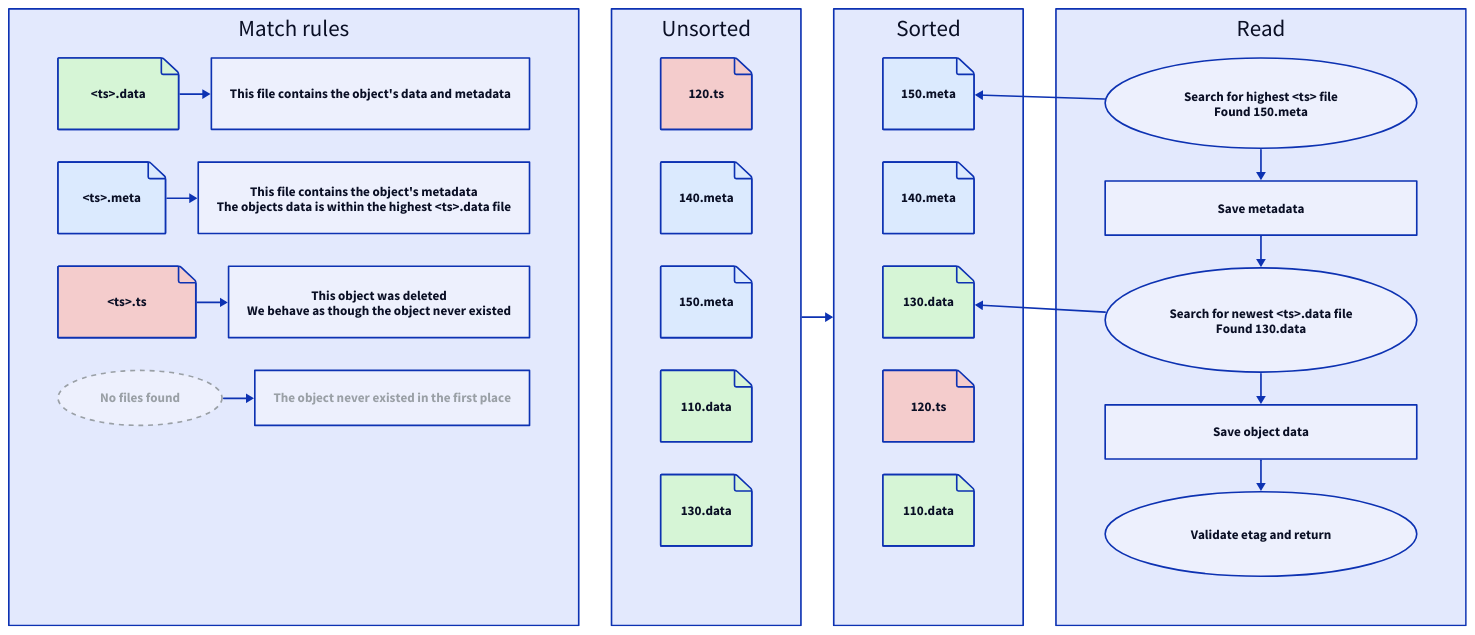
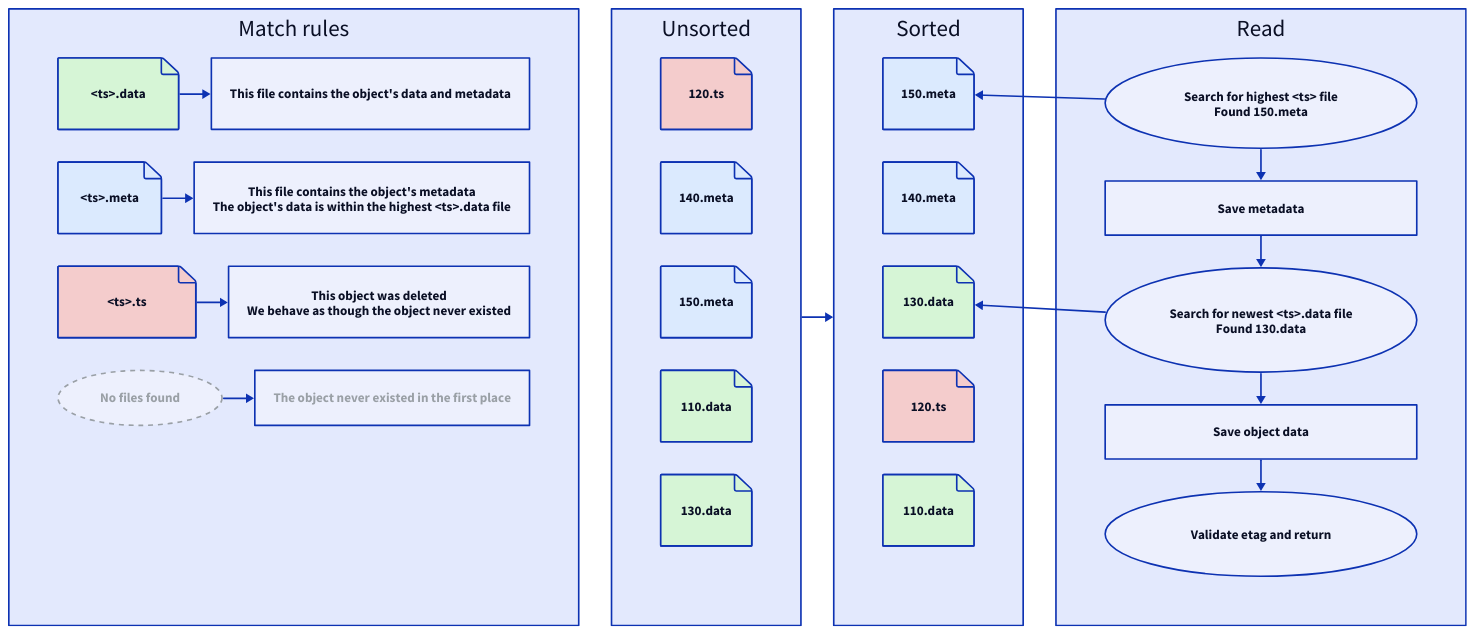
Before and after one commit to davidsaOpenu/swiftacular: the diagram in presentations/object-server/graphs/slide08.d2, drawn with D2. The commit also changed 13 other files, not shown here.

```diff
--- a/presentations/object-server/graphs/slide08.d2
+++ b/presentations/object-server/graphs/slide08.d2
@@ -1,57 +1,57 @@
 grid-rows: 1
 
 ru: "Match rules" {
   grid-rows: 4
 
   d: "<ts>.data" {shape: page; style.fill: "#d6f5d6"}
   de: "This file contains the object's data and metadata"
   d -> de
 
   m: "<ts>.meta" {shape: page; style.fill: "#dbeafe"}
-  me: "This file contains the object's metadata\nThe objects data is within the highest <ts>.data file"
+  me: "This file contains the object's metadata\nThe object's data is within the highest <ts>.data file"
   m -> me
 
   t: "<ts>.ts" {shape: page; style.fill: "#f4cccc"}
   te: "This object was deleted\nWe behave as though the object never existed"
   t -> te
 
   e: "No files found" {shape: oval; style.stroke-dash: 3; style.font-color: "#9aa0a6"; style.stroke: "#9aa0a6"}
   ee: "The object never existed in the first place" {style.font-color: "#9aa0a6"}
   e -> ee
 }
 
 u: "Unsorted" {
   grid-rows: 5
 
   b: "120.ts" {shape: page; style.fill: "#f4cccc"}
   d: "140.meta" {shape: page; style.fill: "#dbeafe"}
   e: "150.meta" {shape: page; style.fill: "#dbeafe"}
   a: "110.data" {shape: page; style.fill: "#d6f5d6"}
   c: "130.data" {shape: page; style.fill: "#d6f5d6"}
 }
 
 s: "Sorted" {
   grid-rows: 5
 
   e: "150.meta" {shape: page; style.fill: "#dbeafe"}
   d: "140.meta" {shape: page; style.fill: "#dbeafe"}
   c: "130.data" {shape: page; style.fill: "#d6f5d6"}
   b: "120.ts" {shape: page; style.fill: "#f4cccc"}
   a: "110.data" {shape: page; style.fill: "#d6f5d6"}
 }
 
 r: "Read" {
   grid-rows: 5
 
   a: "Search for highest <ts> file\nFound 150.meta" {shape: oval}
   b: "Save metadata"
   c: "Search for newest <ts>.data file\nFound 130.data" {shape: oval}
   d: "Save object data"
   e: "Validate etag and return" {shape: oval}
 
   a -> b -> c -> d -> e
 }
 
 u -> s
 r.a -> s.e
 r.c -> s.c
```
